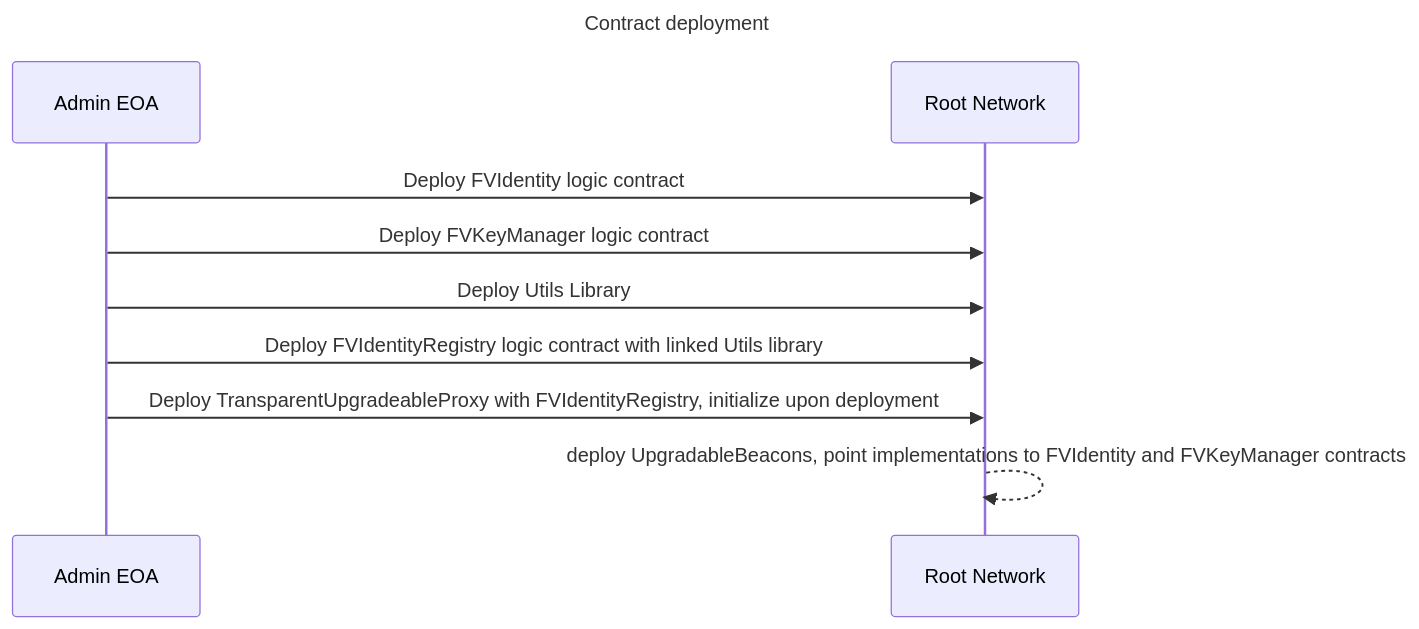
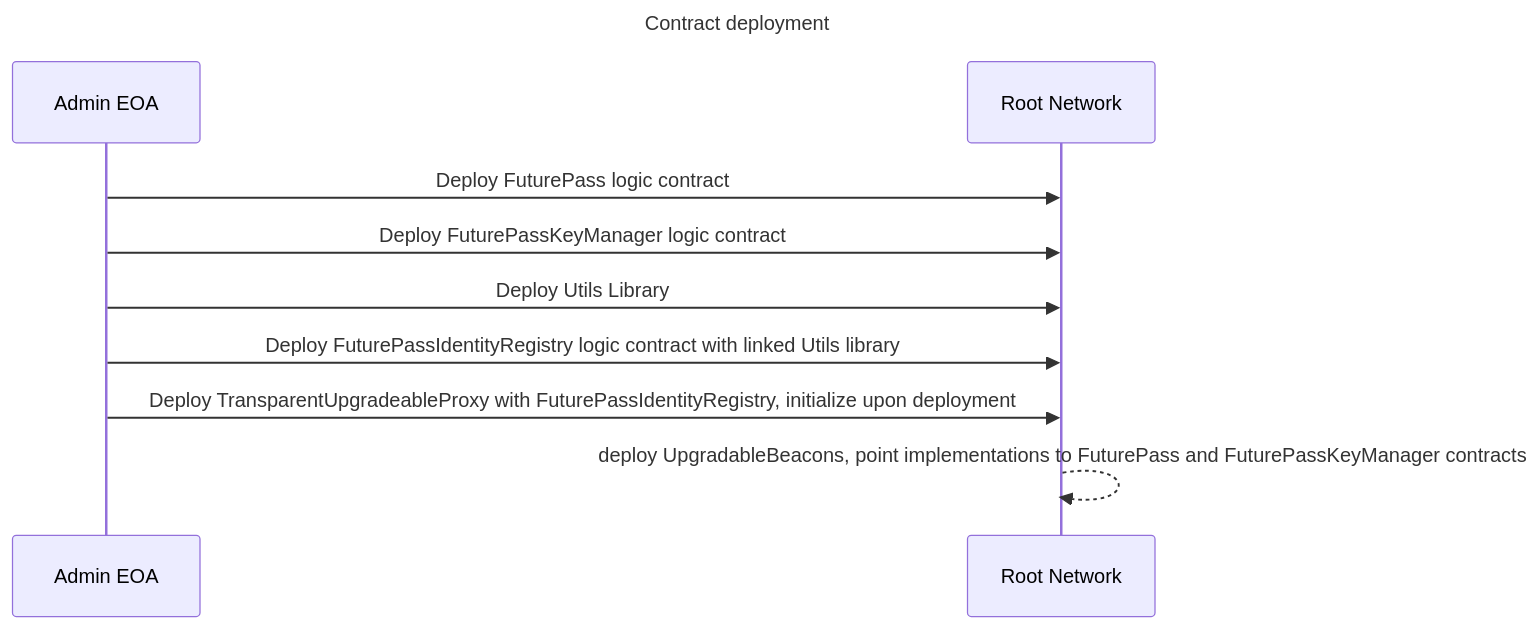
Before and after one commit to futureversecom/fv-wallet: the first of 2 diagrams in README.md, drawn with Mermaid. The commit also changed other lines of this file and 14 other files, not shown here.

````diff
--- a/README.md
+++ b/README.md
@@ -74,14 +74,14 @@
 ```mermaid
 sequenceDiagram
   title Contract deployment
 
   participant Admin as Admin EOA
   participant TRN as Root Network
 
-  Admin ->> TRN: Deploy FVIdentity logic contract
-  Admin ->> TRN: Deploy FVKeyManager logic contract
+  Admin ->> TRN: Deploy FuturePass logic contract
+  Admin ->> TRN: Deploy FuturePassKeyManager logic contract
   Admin ->> TRN: Deploy Utils Library
-  Admin ->> TRN: Deploy FVIdentityRegistry logic contract with linked Utils library
-  Admin ->> TRN: Deploy TransparentUpgradeableProxy with FVIdentityRegistry, initialize upon deployment 
-  TRN -->> TRN: deploy UpgradableBeacons, point implementations to FVIdentity and FVKeyManager contracts
+  Admin ->> TRN: Deploy FuturePassIdentityRegistry logic contract with linked Utils library
+  Admin ->> TRN: Deploy TransparentUpgradeableProxy with FuturePassIdentityRegistry, initialize upon deployment 
+  TRN -->> TRN: deploy UpgradableBeacons, point implementations to FuturePass and FuturePassKeyManager contracts
 ```
````
